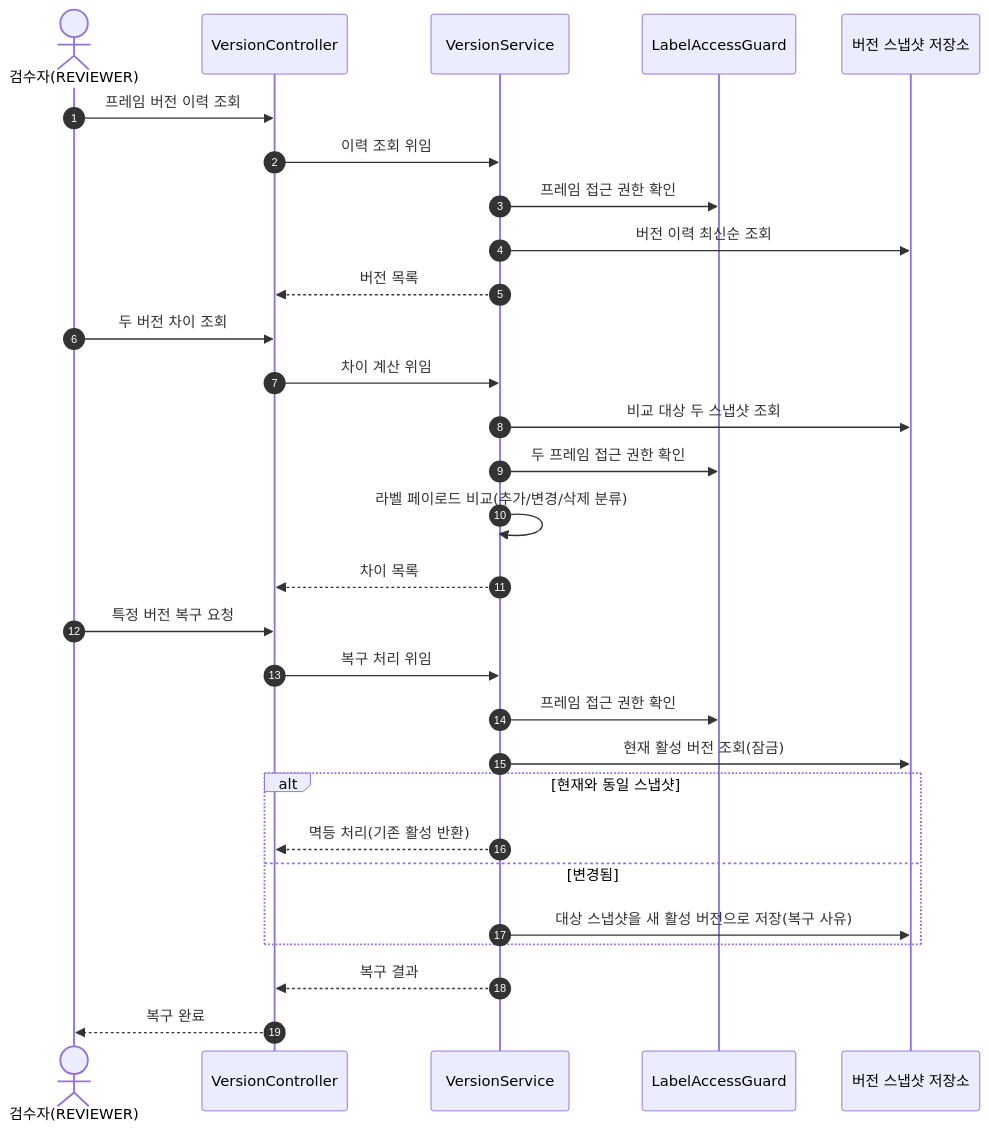
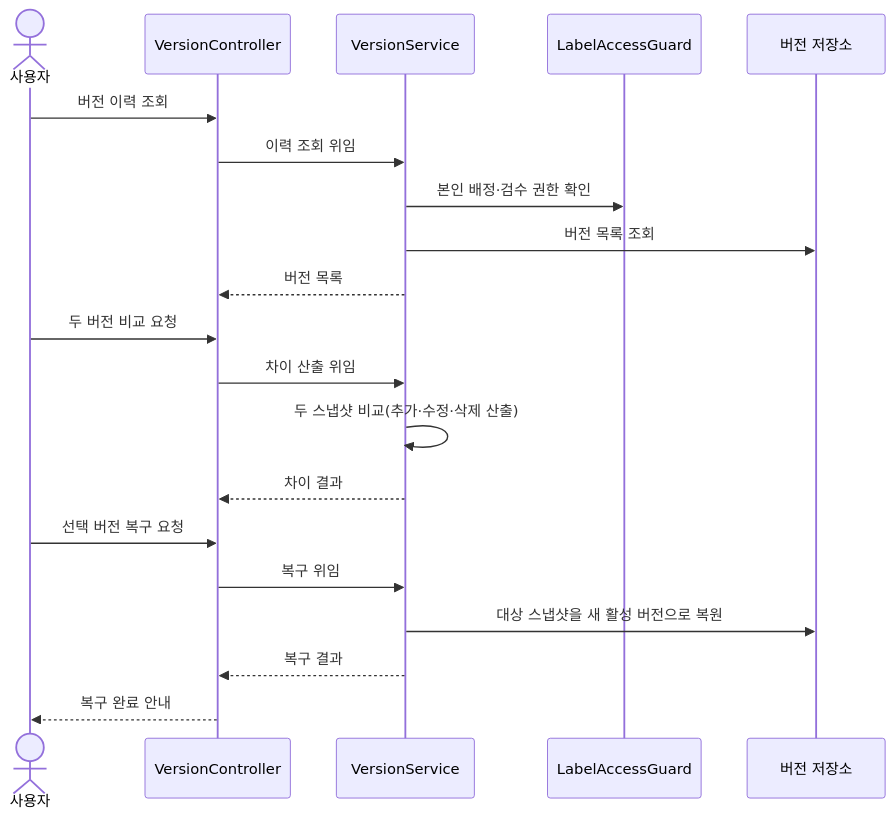
The eighth of 36 diagrams in docs/design/D1-클래스설계서.md (New-stella/klid-label), drawn with Mermaid before and after one commit. The commit also changed other lines of this file and 7 other files, not shown here.

````diff
--- a/docs/design/D1-클래스설계서.md
+++ b/docs/design/D1-클래스설계서.md
@@ -532,31 +421,22 @@
 ```mermaid
 sequenceDiagram
-    autonumber
-    actor RV as 검수자(REVIEWER)
-    participant VC as VersionController
-    participant VS as VersionService
-    participant AG as LabelAccessGuard
-    participant DB as 버전 스냅샷 저장소
-    RV->>VC: 프레임 버전 이력 조회
-    VC->>VS: 이력 조회 위임
-    VS->>AG: 프레임 접근 권한 확인
-    VS->>DB: 버전 이력 최신순 조회
-    VS-->>VC: 버전 목록
-    RV->>VC: 두 버전 차이 조회
-    VC->>VS: 차이 계산 위임
-    VS->>DB: 비교 대상 두 스냅샷 조회
-    VS->>AG: 두 프레임 접근 권한 확인
-    VS->>VS: 라벨 페이로드 비교(추가/변경/삭제 분류)
-    VS-->>VC: 차이 목록
-    RV->>VC: 특정 버전 복구 요청
-    VC->>VS: 복구 처리 위임
-    VS->>AG: 프레임 접근 권한 확인
-    VS->>DB: 현재 활성 버전 조회(잠금)
-    alt 현재와 동일 스냅샷
-        VS-->>VC: 멱등 처리(기존 활성 반환)
-    else 변경됨
-        VS->>DB: 대상 스냅샷을 새 활성 버전으로 저장(복구 사유)
-    end
-    VS-->>VC: 복구 결과
-    VC-->>RV: 복구 완료
+    actor U as 사용자
+    participant C as VersionController
+    participant S as VersionService
+    participant G as LabelAccessGuard
+    participant V as 버전 저장소
+    U->>C: 버전 이력 조회
+    C->>S: 이력 조회 위임
+    S->>G: 본인 배정·검수 권한 확인
+    S->>V: 버전 목록 조회
+    S-->>C: 버전 목록
+    U->>C: 두 버전 비교 요청
+    C->>S: 차이 산출 위임
+    S->>S: 두 스냅샷 비교(추가·수정·삭제 산출)
+    S-->>C: 차이 결과
+    U->>C: 선택 버전 복구 요청
+    C->>S: 복구 위임
+    S->>V: 대상 스냅샷을 새 활성 버전으로 복원
+    S-->>C: 복구 결과
+    C-->>U: 복구 완료 안내
 ```
````
